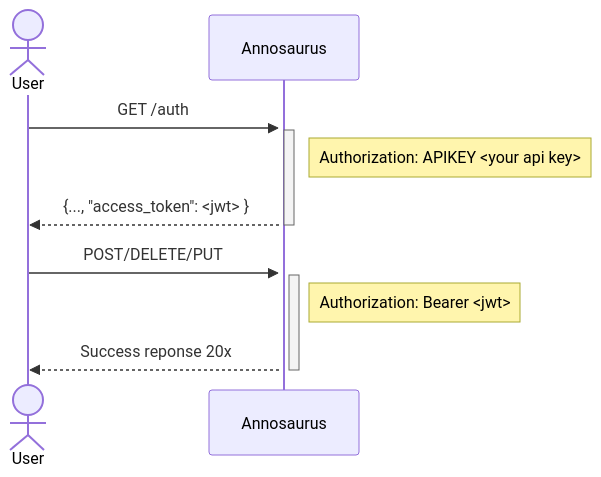
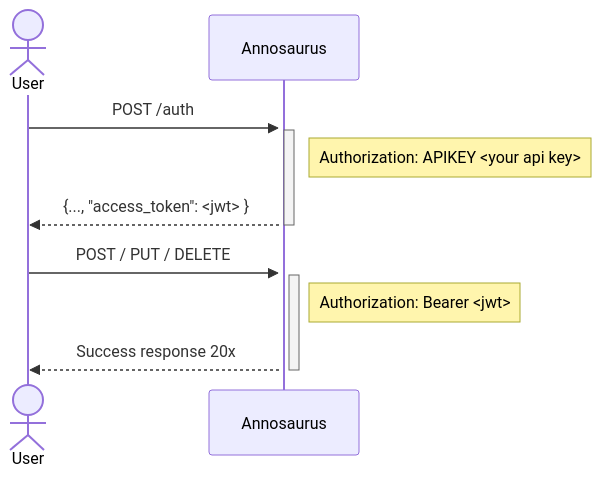
Before and after one commit to mbari-org/annosaurus: the diagram in annosaurus/src/site/docs/howto/security_handshake.md, drawn with Mermaid. The commit also changed other lines of this file and 6 other files, not shown here.

````diff
--- a/annosaurus/src/site/docs/howto/security_handshake.md
+++ b/annosaurus/src/site/docs/howto/security_handshake.md
@@ -20,15 +22,15 @@
 ```mermaid
 sequenceDiagram
     actor U as User
     participant A as Annosaurus
-    U->>+A: GET /auth
+    U->>+A: POST /auth
     activate A
     Note right of A: Authorization: APIKEY <your api key>
     A-->>U: {..., "access_token": <jwt> }
     deactivate A
-    U->>+A: POST/DELETE/PUT
+    U->>+A: POST / PUT / DELETE
     activate A
     Note right of A: Authorization: Bearer <jwt>
-    A-->>U: Success reponse 20x
+    A-->>U: Success response 20x
     deactivate A
 ```
````
